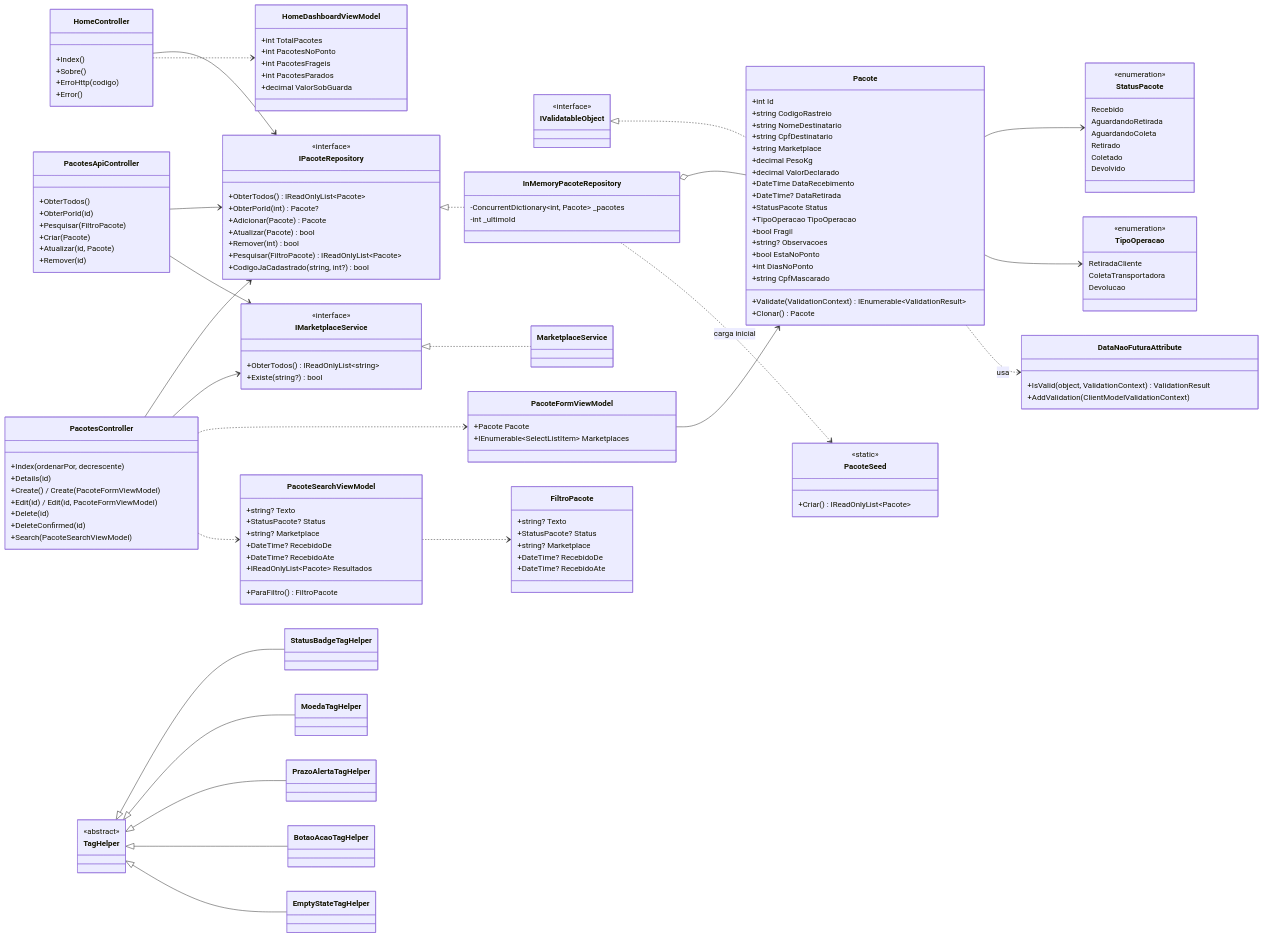
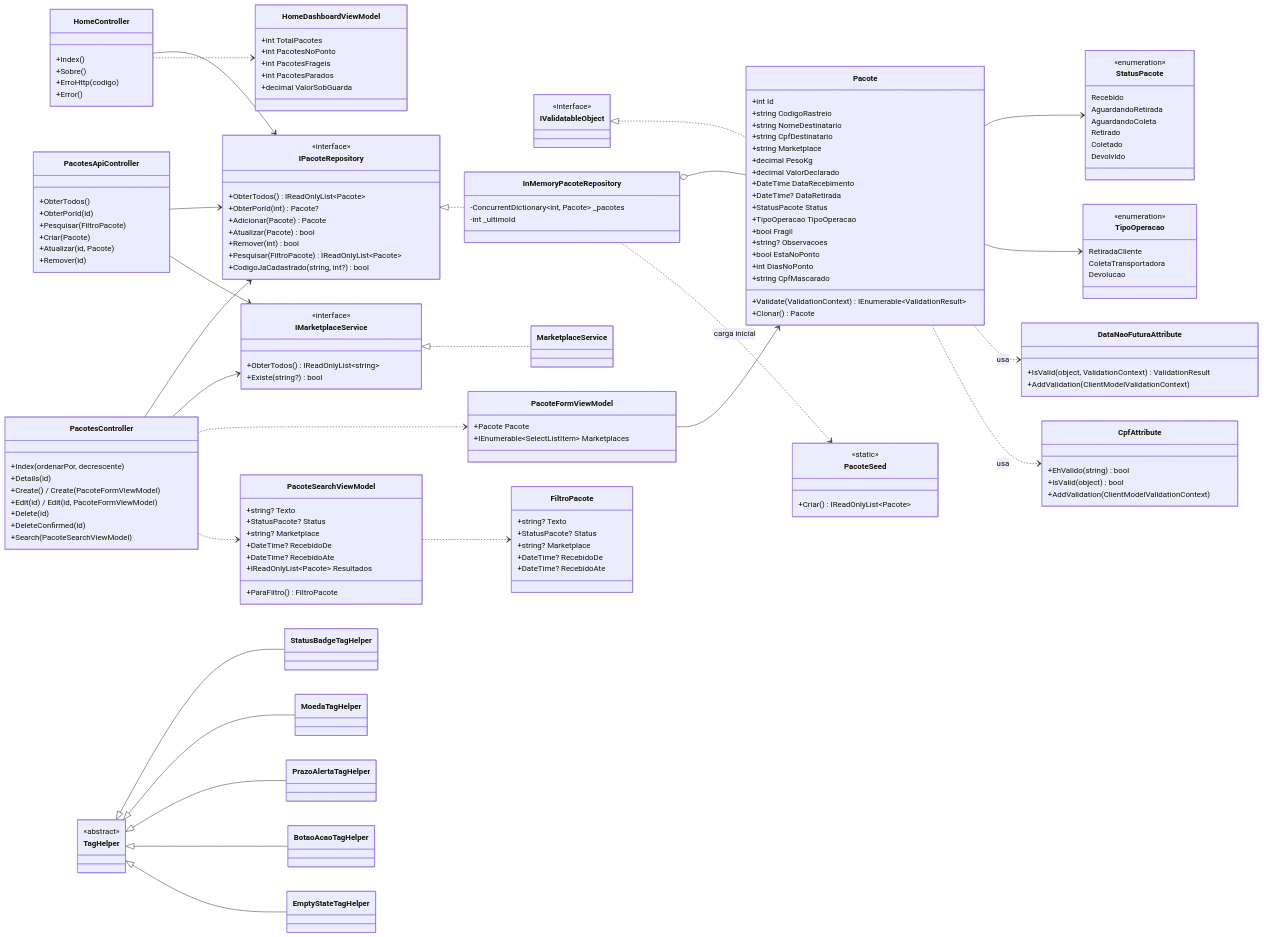
One commit to Raphael-Sinelli/coletahub-cp2-dotnet changed the diagram in docs/diagramas/classes.mmd. Above: the diagram before and after it, drawn with Mermaid. The commit also changed 22 other files, not shown here.

First line of the commit message:
Atualiza README, diagrama de classes e prints

```diff
--- a/docs/diagramas/classes.mmd
+++ b/docs/diagramas/classes.mmd
@@ -1,155 +1,161 @@
 classDiagram
     direction LR
 
     class Pacote {
         +int Id
         +string CodigoRastreio
         +string NomeDestinatario
         +string CpfDestinatario
         +string Marketplace
         +decimal PesoKg
         +decimal ValorDeclarado
         +DateTime DataRecebimento
         +DateTime? DataRetirada
         +StatusPacote Status
         +TipoOperacao TipoOperacao
         +bool Fragil
         +string? Observacoes
         +bool EstaNoPonto
         +int DiasNoPonto
         +string CpfMascarado
         +Validate(ValidationContext) IEnumerable~ValidationResult~
         +Clonar() Pacote
     }
     class IValidatableObject {
         <<interface>>
     }
     class StatusPacote {
         <<enumeration>>
         Recebido
         AguardandoRetirada
         AguardandoColeta
         Retirado
         Coletado
         Devolvido
     }
     class TipoOperacao {
         <<enumeration>>
         RetiradaCliente
         ColetaTransportadora
         Devolucao
     }
     class FiltroPacote {
         +string? Texto
         +StatusPacote? Status
         +string? Marketplace
         +DateTime? RecebidoDe
         +DateTime? RecebidoAte
     }
     class DataNaoFuturaAttribute {
         +IsValid(object, ValidationContext) ValidationResult
+        +AddValidation(ClientModelValidationContext)
+    }
+    class CpfAttribute {
+        +EhValido(string) bool
+        +IsValid(object) bool
         +AddValidation(ClientModelValidationContext)
     }
 
     class IPacoteRepository {
         <<interface>>
         +ObterTodos() IReadOnlyList~Pacote~
         +ObterPorId(int) Pacote?
         +Adicionar(Pacote) Pacote
         +Atualizar(Pacote) bool
         +Remover(int) bool
         +Pesquisar(FiltroPacote) IReadOnlyList~Pacote~
         +CodigoJaCadastrado(string, int?) bool
     }
     class InMemoryPacoteRepository {
         -ConcurrentDictionary~int, Pacote~ _pacotes
         -int _ultimoId
     }
     class PacoteSeed {
         <<static>>
         +Criar() IReadOnlyList~Pacote~
     }
     class IMarketplaceService {
         <<interface>>
         +ObterTodos() IReadOnlyList~string~
         +Existe(string?) bool
     }
     class MarketplaceService
 
     class PacoteFormViewModel {
         +Pacote Pacote
         +IEnumerable~SelectListItem~ Marketplaces
     }
     class PacoteSearchViewModel {
         +string? Texto
         +StatusPacote? Status
         +string? Marketplace
         +DateTime? RecebidoDe
         +DateTime? RecebidoAte
         +IReadOnlyList~Pacote~ Resultados
         +ParaFiltro() FiltroPacote
     }
     class HomeDashboardViewModel {
         +int TotalPacotes
         +int PacotesNoPonto
         +int PacotesFrageis
         +int PacotesParados
         +decimal ValorSobGuarda
     }
 
     class PacotesController {
         +Index(ordenarPor, decrescente)
         +Details(id)
         +Create() / Create(PacoteFormViewModel)
         +Edit(id) / Edit(id, PacoteFormViewModel)
         +Delete(id)
         +DeleteConfirmed(id)
         +Search(PacoteSearchViewModel)
     }
     class HomeController {
         +Index()
         +Sobre()
         +ErroHttp(codigo)
         +Error()
     }
     class PacotesApiController {
         +ObterTodos()
         +ObterPorId(id)
         +Pesquisar(FiltroPacote)
         +Criar(Pacote)
         +Atualizar(id, Pacote)
         +Remover(id)
     }
 
     class TagHelper {
         <<abstract>>
     }
     class StatusBadgeTagHelper
     class MoedaTagHelper
     class PrazoAlertaTagHelper
     class BotaoAcaoTagHelper
     class EmptyStateTagHelper
 
     IValidatableObject <|.. Pacote
     Pacote --> StatusPacote
     Pacote --> TipoOperacao
     Pacote ..> DataNaoFuturaAttribute : usa
+    Pacote ..> CpfAttribute : usa
     IPacoteRepository <|.. InMemoryPacoteRepository
     InMemoryPacoteRepository o-- Pacote
     InMemoryPacoteRepository ..> PacoteSeed : carga inicial
     IMarketplaceService <|.. MarketplaceService
     PacoteFormViewModel --> Pacote
     PacoteSearchViewModel ..> FiltroPacote
     PacotesController --> IPacoteRepository
     PacotesController --> IMarketplaceService
     PacotesController ..> PacoteFormViewModel
     PacotesController ..> PacoteSearchViewModel
     HomeController --> IPacoteRepository
     HomeController ..> HomeDashboardViewModel
     PacotesApiController --> IPacoteRepository
     PacotesApiController --> IMarketplaceService
     TagHelper <|-- StatusBadgeTagHelper
     TagHelper <|-- MoedaTagHelper
     TagHelper <|-- PrazoAlertaTagHelper
     TagHelper <|-- BotaoAcaoTagHelper
     TagHelper <|-- EmptyStateTagHelper
```
